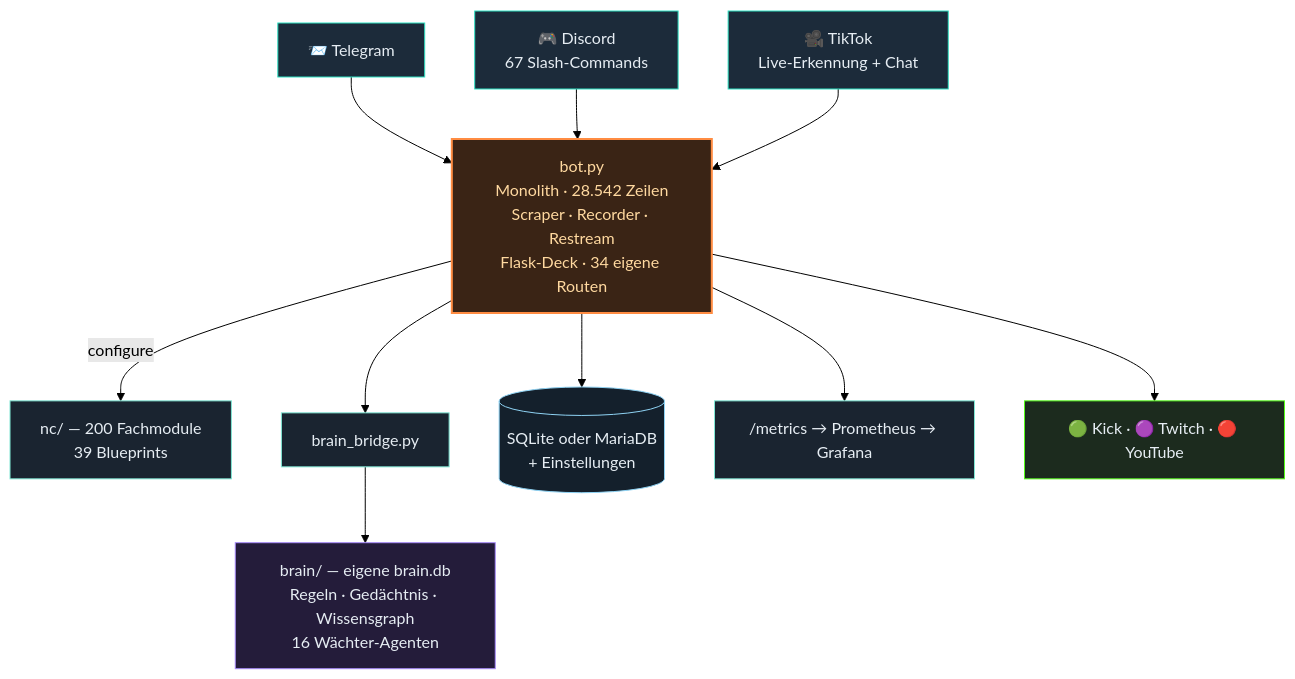
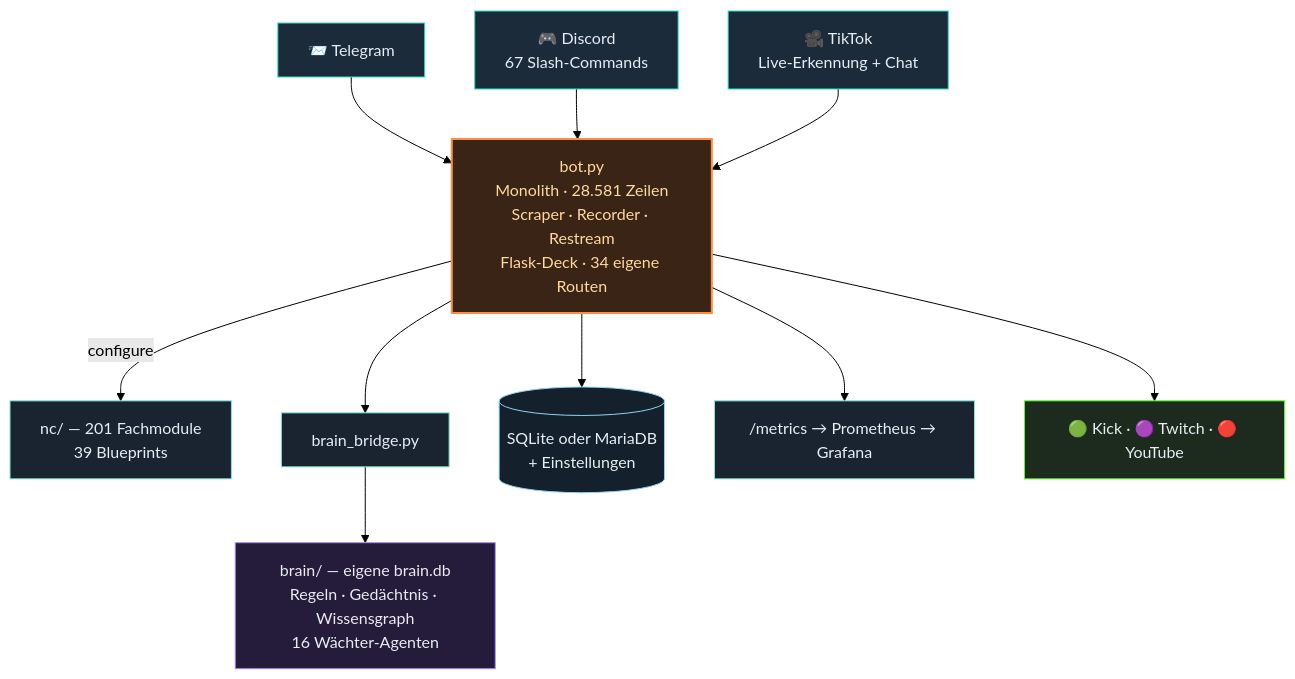
One commit to itsamemedev/Telegram-Stream-Info-Bot changed the second of 3 diagrams in README.md. Above: the diagram before and after it, drawn with Mermaid (forest theme). The commit also changed other lines of this file and 16 other files, not shown here.

````diff
--- a/README.md
+++ b/README.md
@@ -118,19 +118,19 @@
 ```mermaid
 flowchart TB
     TG["📨 Telegram"]:::ein --> BOT
     DC["🎮 Discord<br/>67 Slash-Commands"]:::ein --> BOT
     TT["🎥 TikTok<br/>Live-Erkennung + Chat"]:::ein --> BOT
-    BOT["bot.py<br/>Monolith · 28.542 Zeilen<br/>Scraper · Recorder · Restream<br/>Flask-Deck · 34 eigene Routen"]:::core
-    BOT -->|configure| NC["nc/ — 200 Fachmodule<br/>39 Blueprints"]:::lib
+    BOT["bot.py<br/>Monolith · 28.581 Zeilen<br/>Scraper · Recorder · Restream<br/>Flask-Deck · 34 eigene Routen"]:::core
+    BOT -->|configure| NC["nc/ — 201 Fachmodule<br/>39 Blueprints"]:::lib
     BOT --> BR["brain_bridge.py"]:::lib
     BR --> BRAIN["brain/ — eigene brain.db<br/>Regeln · Gedächtnis · Wissensgraph<br/>16 Wächter-Agenten"]:::brain
     BOT --> DB[("SQLite oder MariaDB<br/>+ Einstellungen")]:::db
     BOT --> PROM["/metrics → Prometheus → Grafana"]:::lib
     BOT --> OUT["🟢 Kick · 🟣 Twitch · 🔴 YouTube"]:::out
     classDef ein fill:#1c2b3a,stroke:#2de1c2,color:#e6edf3
     classDef core fill:#3a2415,stroke:#ff8c42,stroke-width:2px,color:#ffd9a0
     classDef lib fill:#1a2430,stroke:#7fe7d4,color:#e6edf3
     classDef brain fill:#241c3a,stroke:#a78bfa,color:#e6edf3
     classDef db fill:#14202c,stroke:#8fd3f4,color:#e6edf3
     classDef out fill:#1c2b1e,stroke:#53fc18,color:#e6edf3
 ```
````
